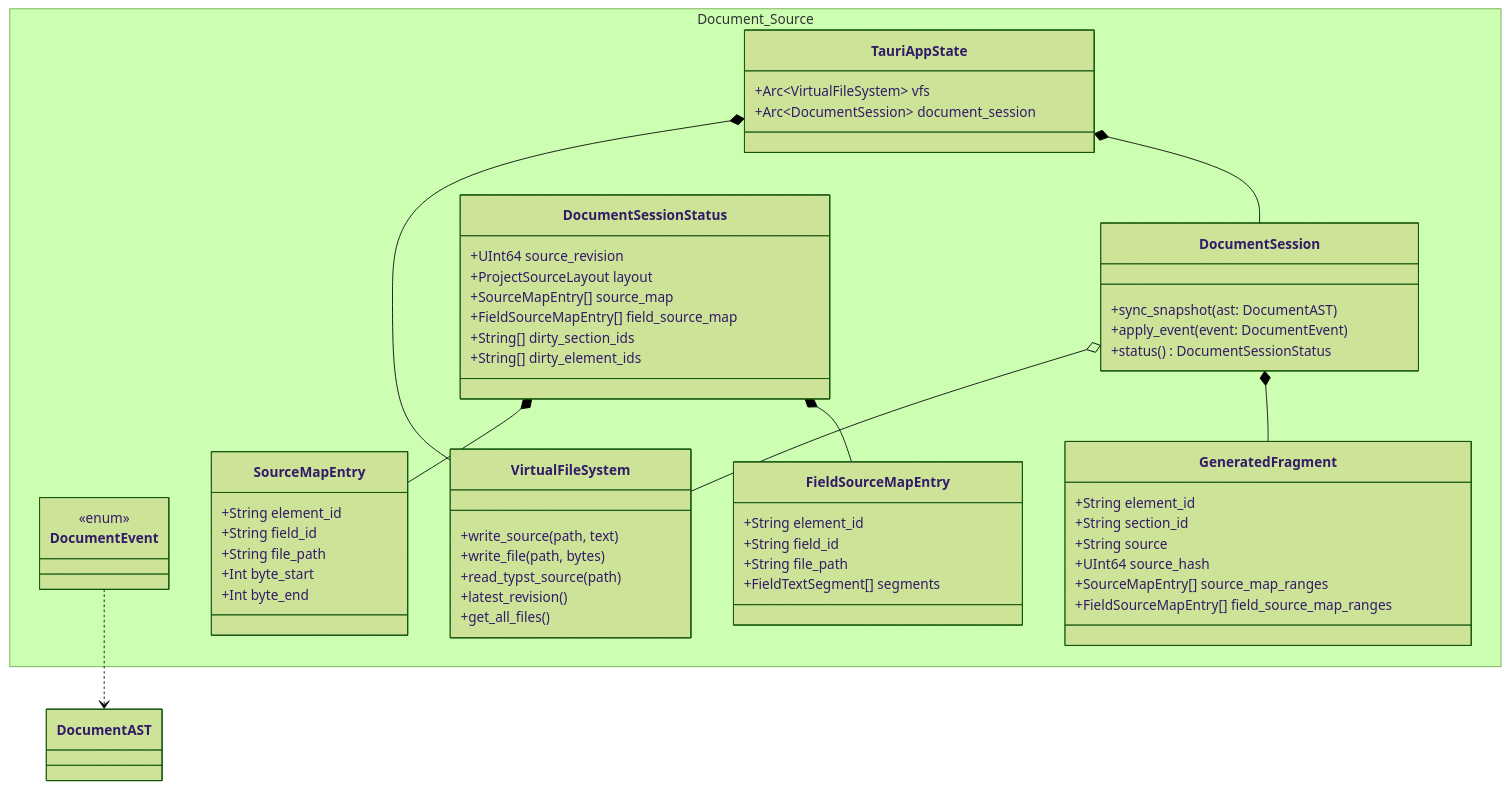
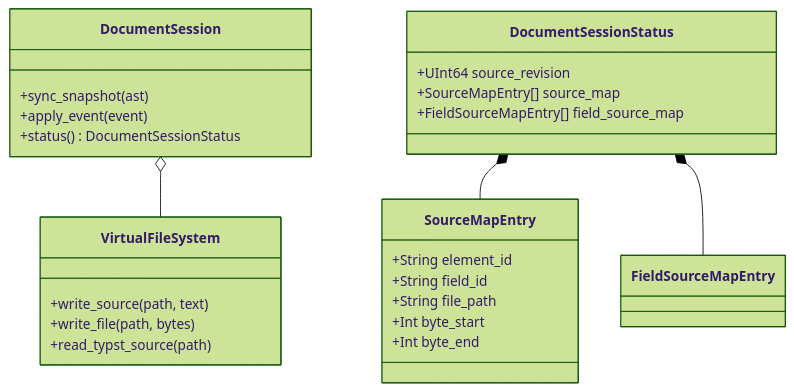
Before and after one commit to andmoreduro/ergo: the fifth of 6 diagrams in context/class-diagrams.md, drawn with Mermaid (forest theme). The commit also changed other lines of this file and 374 other files, not shown here.

````diff
--- a/context/class-diagrams.md
+++ b/context/class-diagrams.md
@@ -243,68 +174,28 @@
 ```mermaid
 classDiagram
-    namespace Document_Source {
-        class TauriAppState {
-            +Arc~VirtualFileSystem~ vfs
-            +Arc~DocumentSession~ document_session
-        }
-
-        class DocumentSession {
-            +sync_snapshot(ast: DocumentAST)
-            +apply_event(event: DocumentEvent)
-            +status() DocumentSessionStatus
-        }
-
-        class DocumentSessionStatus {
-            +UInt64 source_revision
-            +ProjectSourceLayout layout
-            +SourceMapEntry[] source_map
-            +FieldSourceMapEntry[] field_source_map
-            +String[] dirty_section_ids
-            +String[] dirty_element_ids
-        }
-
-        class DocumentEvent {
-            <<enum>>
-        }
-
-        class GeneratedFragment {
-            +String element_id
-            +String section_id
-            +String source
-            +UInt64 source_hash
-            +SourceMapEntry[] source_map_ranges
-            +FieldSourceMapEntry[] field_source_map_ranges
-        }
-
-        class SourceMapEntry {
-            +String element_id
-            +String field_id
-            +String file_path
-            +Int byte_start
-            +Int byte_end
-        }
-
-        class FieldSourceMapEntry {
-            +String element_id
-            +String field_id
-            +String file_path
-            +FieldTextSegment[] segments
-        }
-
-        class VirtualFileSystem {
-            +write_source(path, text)
-            +write_file(path, bytes)
-            +read_typst_source(path)
-            +latest_revision()
-            +get_all_files()
-        }
+    class DocumentSession {
+        +sync_snapshot(ast)
+        +apply_event(event)
+        +status() DocumentSessionStatus
     }
-
-    TauriAppState *-- VirtualFileSystem
-    TauriAppState *-- DocumentSession
+    class DocumentSessionStatus {
+        +UInt64 source_revision
+        +SourceMapEntry[] source_map
+        +FieldSourceMapEntry[] field_source_map
+    }
+    class SourceMapEntry {
+        +String element_id
+        +String field_id
+        +String file_path
+        +Int byte_start
+        +Int byte_end
+    }
+    class VirtualFileSystem {
+        +write_source(path, text)
+        +write_file(path, bytes)
+        +read_typst_source(path)
+    }
     DocumentSession o-- VirtualFileSystem
-    DocumentSession *-- GeneratedFragment
     DocumentSessionStatus *-- SourceMapEntry
     DocumentSessionStatus *-- FieldSourceMapEntry
-    DocumentEvent ..> DocumentAST
 ```
````
